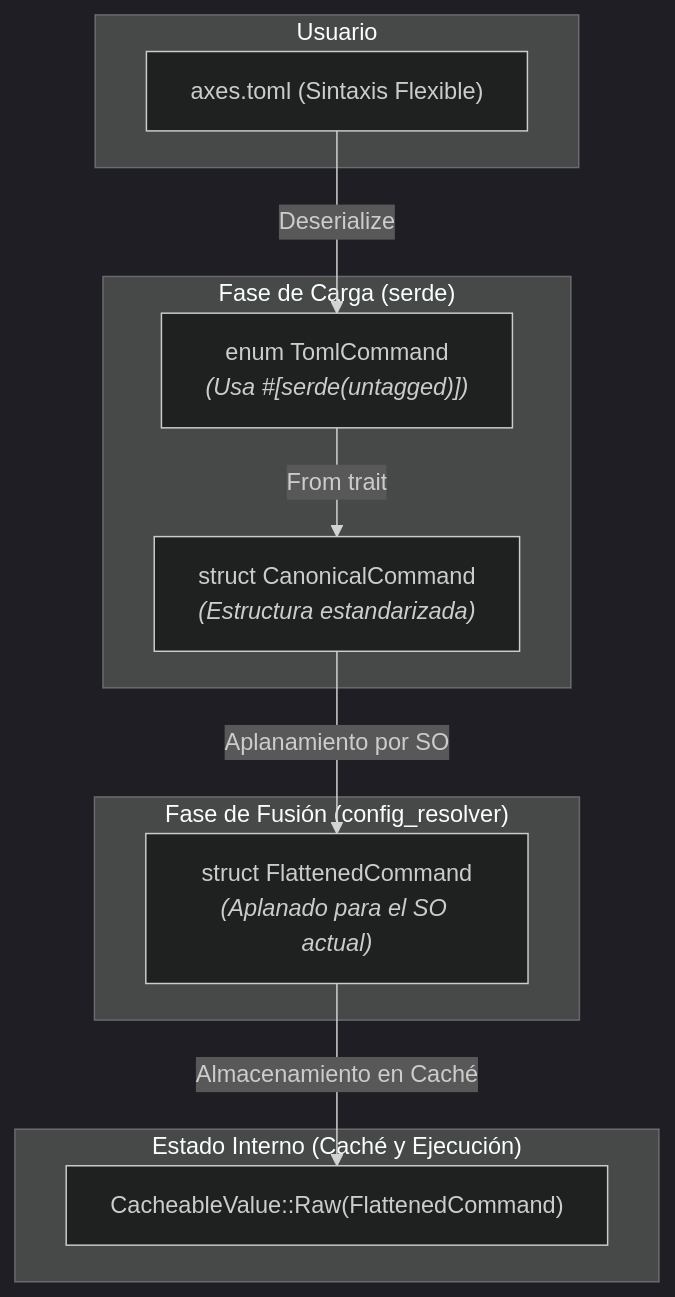
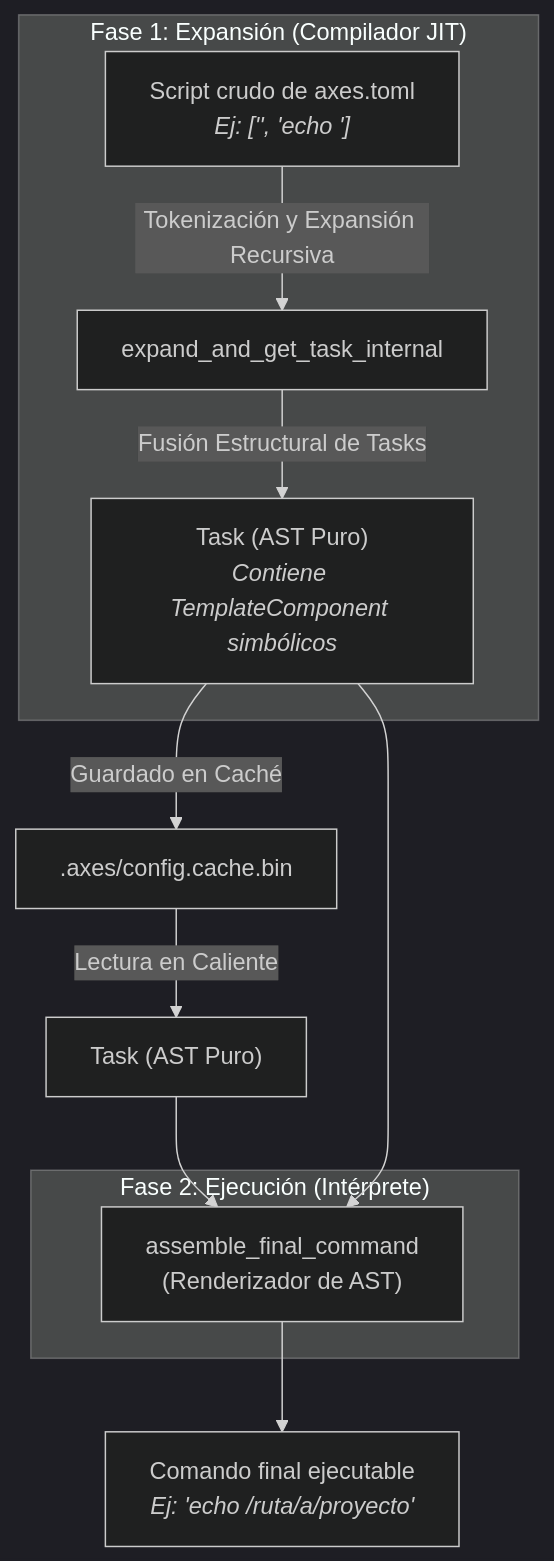
Before and after one commit to RetypeOS/axes: the second of 6 diagrams in docs/es/TECNICAL.md, drawn with Mermaid (dark theme). The commit also changed other lines of this file and 2 other files, not shown here.

````diff
--- a/docs/es/TECNICAL.md
+++ b/docs/es/TECNICAL.md
@@ -104,24 +99,18 @@
-    ```mermaid
-    graph TD
-        subgraph "Usuario"
-            A["axes.toml (Sintaxis Flexible)"];
-        end
+```mermaid
+graph TD
+    subgraph "Fase 1: Expansión (Compilador JIT)"
+        A["Script crudo de axes.toml<br><i>Ej: ['<axes::scripts::sub>', 'echo <axes::path>']</i>"] -->|Tokenización y Expansión Recursiva| B["expand_and_get_task_internal"];
+        B -- Fusión Estructural de Tasks --> C["Task (AST Puro)<br><i>Contiene TemplateComponent simbólicos</i>"];
+    end
+    
+    subgraph "Fase 2: Ejecución (Intérprete)"
+         F["assemble_final_command<br>(Renderizador de AST)"]
+    end
 
-        subgraph "Fase de Carga (serde)"
-            B["enum TomlCommand<br><i>(Usa #[serde(untagged)])</i>"];
-            C["struct CanonicalCommand<br><i>(Estructura estandarizada)</i>"];
-        end
-        
-        subgraph "Fase de Fusión (config_resolver)"
-            D["struct FlattenedCommand<br><i>(Aplanado para el SO actual)</i>"];
-        end
+    C --> |Guardado en Caché| D[".axes/config.cache.bin"];
+    D --> |Lectura en Caliente| E["Task (AST Puro)"];
+    E --> F;
+    C --> F;
 
-        subgraph "Estado Interno (Caché y Ejecución)"
-            E["CacheableValue::Raw(FlattenedCommand)"];
-        end
-
-        A --"Deserialize"--> B;
-        B --"From trait"--> C;
-        C --"Aplanamiento por SO"--> D;
-        D --"Almacenamiento en Caché"--> E;
-    ```
+    F --> G["Comando final ejecutable<br><i>Ej: 'echo /ruta/a/proyecto'</i>"];
+```
````
